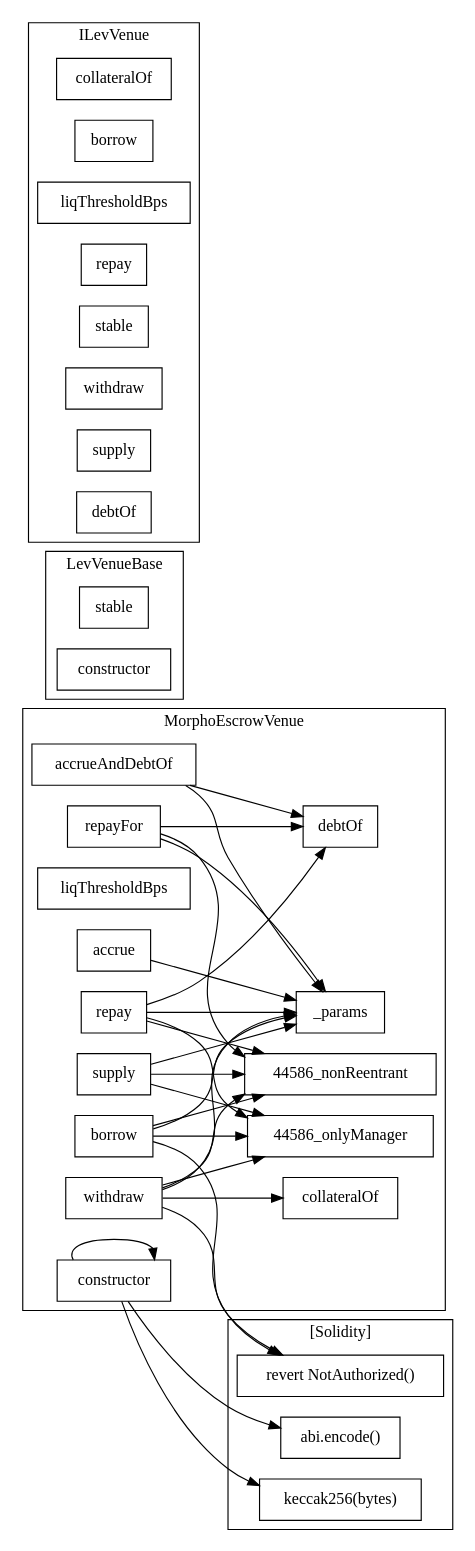
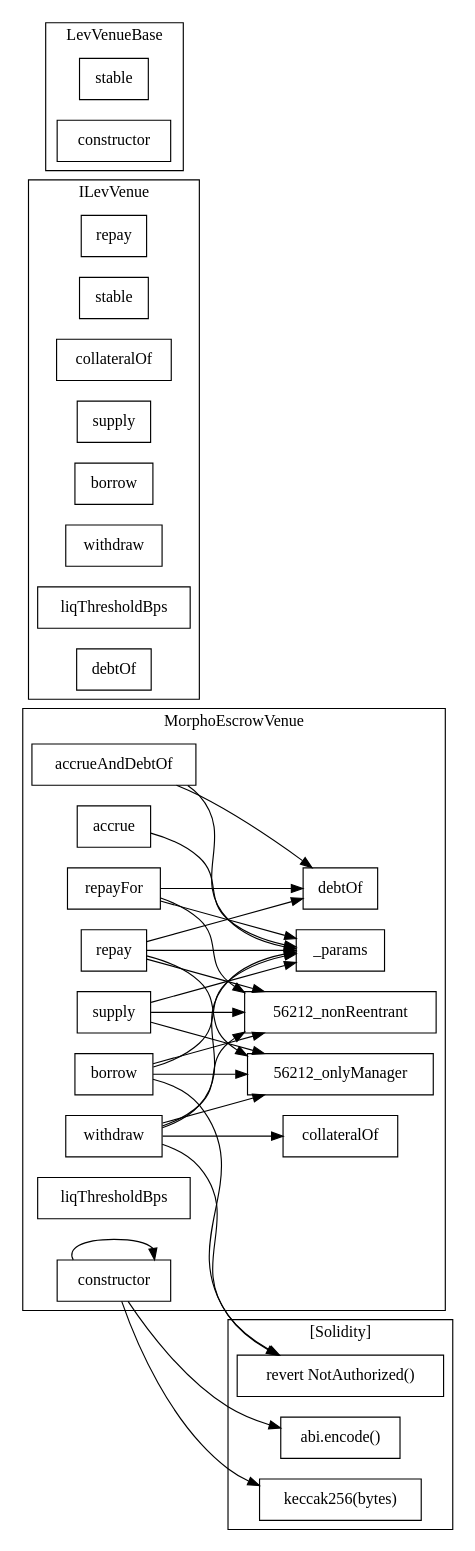
The diagram in evm/slither-out/...MorphoEscrowVenue.call-graph.dot (quidmints/SPV), drawn with Graphviz before and after one commit. The commit also changed 98 other files, not shown here.

First line of the commit message:
Regenerate slither-out: it described an architecture deleted 12 days ago

```diff
--- a/evm/slither-out/...MorphoEscrowVenue.call-graph.dot
+++ b/evm/slither-out/...MorphoEscrowVenue.call-graph.dot
@@ -1,63 +1,63 @@
 strict digraph {
 rankdir="LR"
 node [shape=box]
-subgraph cluster_44586_MorphoEscrowVenue {
+subgraph cluster_56212_MorphoEscrowVenue {
 label = "MorphoEscrowVenue"
-"44586_debtOf" [label="debtOf"]
-"44586_collateralOf" [label="collateralOf"]
-"44586_accrueAndDebtOf" [label="accrueAndDebtOf"]
-"44586_repayFor" [label="repayFor"]
-"44586_liqThresholdBps" [label="liqThresholdBps"]
-"44586_supply" [label="supply"]
-"44586_constructor" [label="constructor"]
-"44586_accrue" [label="accrue"]
-"44586__params" [label="_params"]
-"44586_withdraw" [label="withdraw"]
-"44586_repay" [label="repay"]
-"44586_borrow" [label="borrow"]
-"44586_constructor" -> "44586_constructor"
-"44586_accrueAndDebtOf" -> "44586_debtOf"
-"44586_borrow" -> "44586__params"
-"44586_repay" -> "44586__params"
-"44586_repayFor" -> "44586_debtOf"
-"44586_supply" -> "44586_nonReentrant"
-"44586_withdraw" -> "44586_onlyManager"
-"44586_withdraw" -> "44586_nonReentrant"
-"44586_accrueAndDebtOf" -> "44586__params"
-"44586_withdraw" -> "44586__params"
-"44586_repay" -> "44586_onlyManager"
-"44586_borrow" -> "44586_onlyManager"
-"44586_withdraw" -> "44586_collateralOf"
-"44586_repay" -> "44586_debtOf"
-"44586_repay" -> "44586_nonReentrant"
-"44586_repayFor" -> "44586__params"
-"44586_borrow" -> "44586_nonReentrant"
-"44586_accrue" -> "44586__params"
-"44586_supply" -> "44586__params"
-"44586_supply" -> "44586_onlyManager"
-"44586_repayFor" -> "44586_nonReentrant"
-}subgraph cluster_68059_LevVenueBase {
+"56212_supply" [label="supply"]
+"56212_constructor" [label="constructor"]
+"56212__params" [label="_params"]
+"56212_repayFor" [label="repayFor"]
+"56212_accrueAndDebtOf" [label="accrueAndDebtOf"]
+"56212_collateralOf" [label="collateralOf"]
+"56212_accrue" [label="accrue"]
+"56212_withdraw" [label="withdraw"]
+"56212_repay" [label="repay"]
+"56212_debtOf" [label="debtOf"]
+"56212_liqThresholdBps" [label="liqThresholdBps"]
+"56212_borrow" [label="borrow"]
+"56212_borrow" -> "56212_nonReentrant"
+"56212_repayFor" -> "56212__params"
+"56212_constructor" -> "56212_constructor"
+"56212_accrueAndDebtOf" -> "56212_debtOf"
+"56212_withdraw" -> "56212__params"
+"56212_borrow" -> "56212__params"
+"56212_repayFor" -> "56212_nonReentrant"
+"56212_supply" -> "56212__params"
+"56212_repayFor" -> "56212_debtOf"
+"56212_borrow" -> "56212_onlyManager"
+"56212_repay" -> "56212_nonReentrant"
+"56212_withdraw" -> "56212_collateralOf"
+"56212_accrueAndDebtOf" -> "56212__params"
+"56212_withdraw" -> "56212_nonReentrant"
+"56212_accrue" -> "56212__params"
+"56212_withdraw" -> "56212_onlyManager"
+"56212_repay" -> "56212_debtOf"
+"56212_supply" -> "56212_nonReentrant"
+"56212_repay" -> "56212__params"
+"56212_supply" -> "56212_onlyManager"
+"56212_repay" -> "56212_onlyManager"
+}subgraph cluster_48163_ILevVenue {
+label = "ILevVenue"
+"48163_repay" [label="repay"]
+"48163_stable" [label="stable"]
+"48163_collateralOf" [label="collateralOf"]
+"48163_supply" [label="supply"]
+"48163_borrow" [label="borrow"]
+"48163_withdraw" [label="withdraw"]
+"48163_liqThresholdBps" [label="liqThresholdBps"]
+"48163_debtOf" [label="debtOf"]
+}subgraph cluster_55524_LevVenueBase {
 label = "LevVenueBase"
-"68059_stable" [label="stable"]
-"68059_constructor" [label="constructor"]
-}subgraph cluster_62125_ILevVenue {
-label = "ILevVenue"
-"62125_collateralOf" [label="collateralOf"]
-"62125_borrow" [label="borrow"]
-"62125_liqThresholdBps" [label="liqThresholdBps"]
-"62125_repay" [label="repay"]
-"62125_stable" [label="stable"]
-"62125_withdraw" [label="withdraw"]
-"62125_supply" [label="supply"]
-"62125_debtOf" [label="debtOf"]
+"55524_stable" [label="stable"]
+"55524_constructor" [label="constructor"]
 }subgraph cluster_solidity {
 label = "[Solidity]"
 "abi.encode()" 
 "revert NotAuthorized()" 
 "keccak256(bytes)" 
-"44586_constructor" -> "abi.encode()"
-"44586_borrow" -> "revert NotAuthorized()"
-"44586_constructor" -> "keccak256(bytes)"
-"44586_withdraw" -> "revert NotAuthorized()"
+"56212_constructor" -> "keccak256(bytes)"
+"56212_constructor" -> "abi.encode()"
+"56212_withdraw" -> "revert NotAuthorized()"
+"56212_borrow" -> "revert NotAuthorized()"
 }
 }
```
